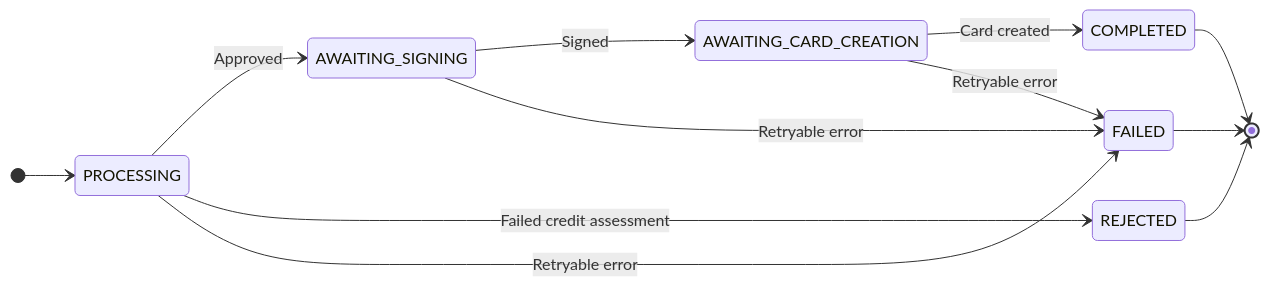
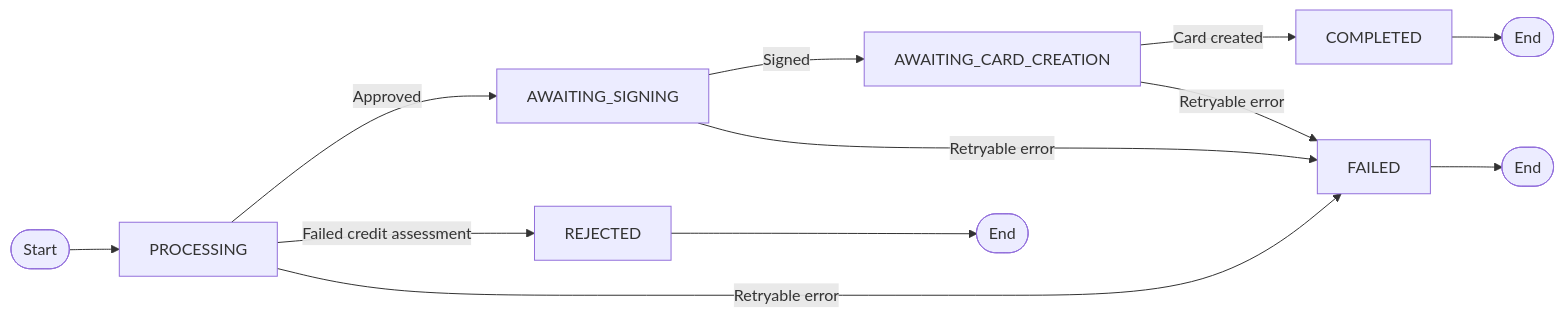
One commit to truonghoangnordiska/docs changed the diagram in card/onboarding.mdx. Above: the diagram before and after it, drawn with Mermaid.

Commit message:
Documentation edits made through Mintlify web editor

````diff
--- a/card/onboarding.mdx
+++ b/card/onboarding.mdx
@@ -140,15 +140,14 @@
 ```mermaid
-stateDiagram-v2
-    direction LR
-    [*] --> PROCESSING
-    PROCESSING --> AWAITING_SIGNING: Approved
-    PROCESSING --> REJECTED: Failed credit assessment
-    PROCESSING --> FAILED: Retryable error
-    AWAITING_SIGNING --> AWAITING_CARD_CREATION: Signed
-    AWAITING_SIGNING --> FAILED: Retryable error 
-    AWAITING_CARD_CREATION --> COMPLETED: Card created
-    AWAITING_CARD_CREATION --> FAILED: Retryable error 
-    COMPLETED --> [*]
-    REJECTED --> [*]
-    FAILED --> [*]
+flowchart LR
+    Start([Start]) --> PROCESSING
+    PROCESSING --> |Approved| AWAITING_SIGNING
+    PROCESSING --> |Failed credit assessment| REJECTED
+    PROCESSING --> |Retryable error| FAILED
+    AWAITING_SIGNING --> |Signed| AWAITING_CARD_CREATION
+    AWAITING_SIGNING --> |Retryable error| FAILED
+    AWAITING_CARD_CREATION --> |Card created| COMPLETED
+    AWAITING_CARD_CREATION --> |Retryable error| FAILED
+    COMPLETED --> End1([End])
+    REJECTED --> End2([End])
+    FAILED --> End3([End])
 ```
````
